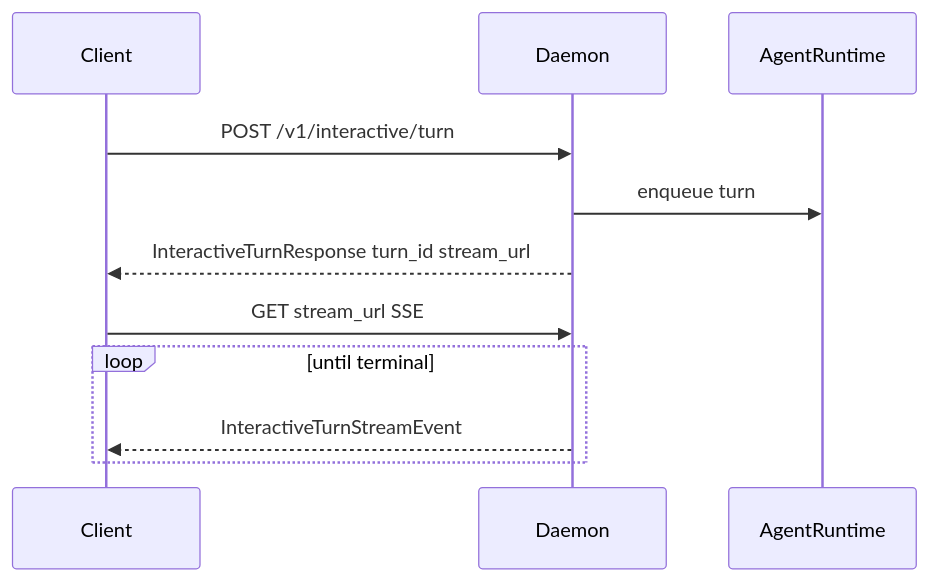
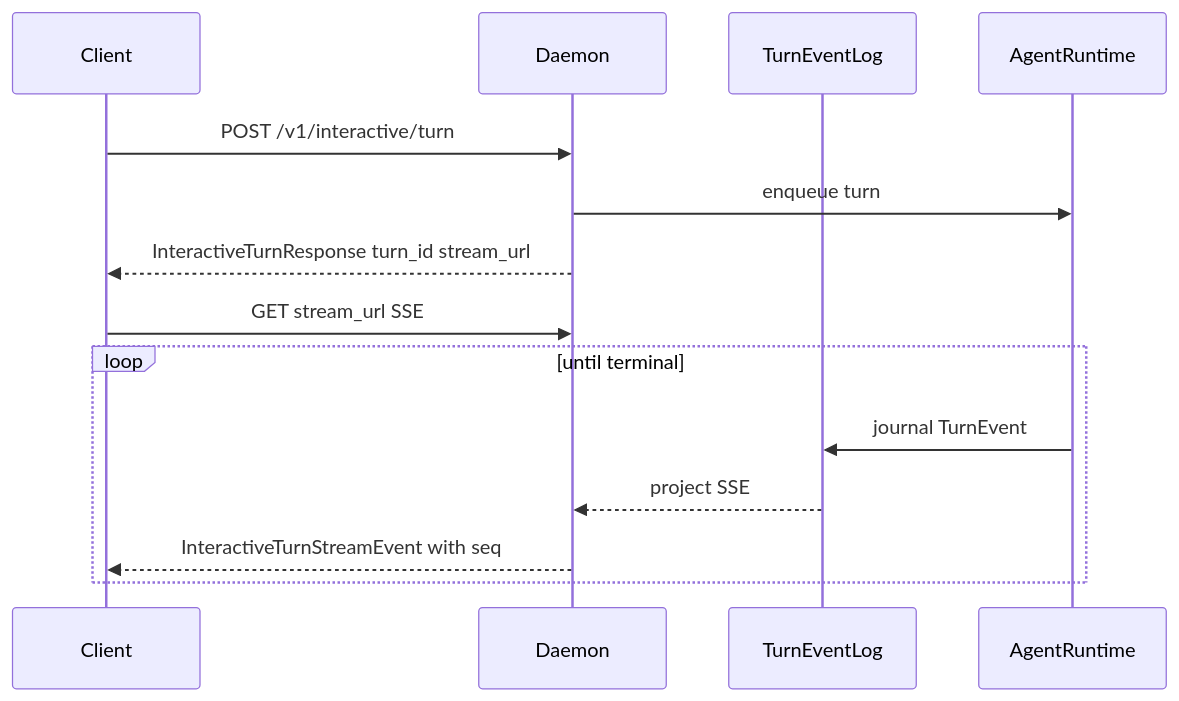
The first of 2 diagrams in docs/engine/interactive-streaming.md (EntasisLabs/Medousa), drawn with Mermaid before and after one commit. The commit also changed other lines of this file and 25 other files, not shown here.

````diff
--- a/docs/engine/interactive-streaming.md
+++ b/docs/engine/interactive-streaming.md
@@ -13,14 +13,17 @@
 ```mermaid
 sequenceDiagram
   participant Client
   participant Daemon
+  participant Spine as TurnEventLog
   participant Runtime as AgentRuntime
 
   Client->>Daemon: POST /v1/interactive/turn
   Daemon->>Runtime: enqueue turn
   Daemon-->>Client: InteractiveTurnResponse turn_id stream_url
   Client->>Daemon: GET stream_url SSE
   loop until terminal
-    Daemon-->>Client: InteractiveTurnStreamEvent
+    Runtime->>Spine: journal TurnEvent
+    Spine-->>Daemon: project SSE
+    Daemon-->>Client: InteractiveTurnStreamEvent with seq
   end
 ```
````
